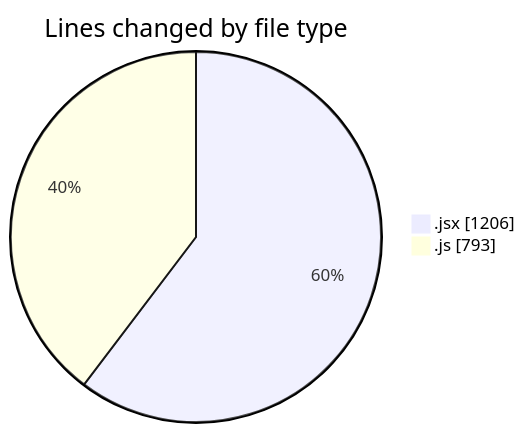
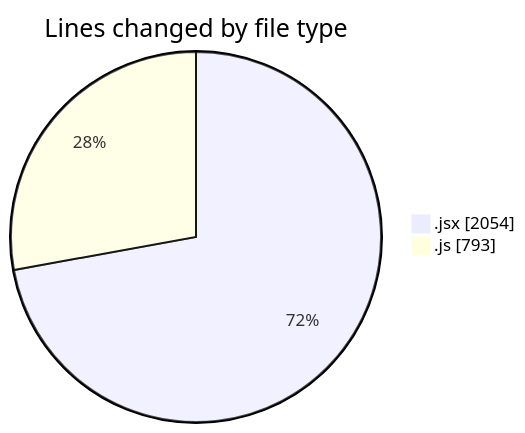
Before and after one commit to nxtqubesakshisongat/code-tracking: the first of 2 diagrams in 2025-10-27/nxtqube_webapp/README.md, drawn with Mermaid. The commit also changed other lines of this file and 1 other file, not shown here.

````diff
--- a/2025-10-27/nxtqube_webapp/README.md
+++ b/2025-10-27/nxtqube_webapp/README.md
@@ -21,6 +22,6 @@
 ```mermaid
 pie showData
 title Lines changed by file type
-".jsx" : 1206
+".jsx" : 2054
 ".js" : 793
 ```
````
